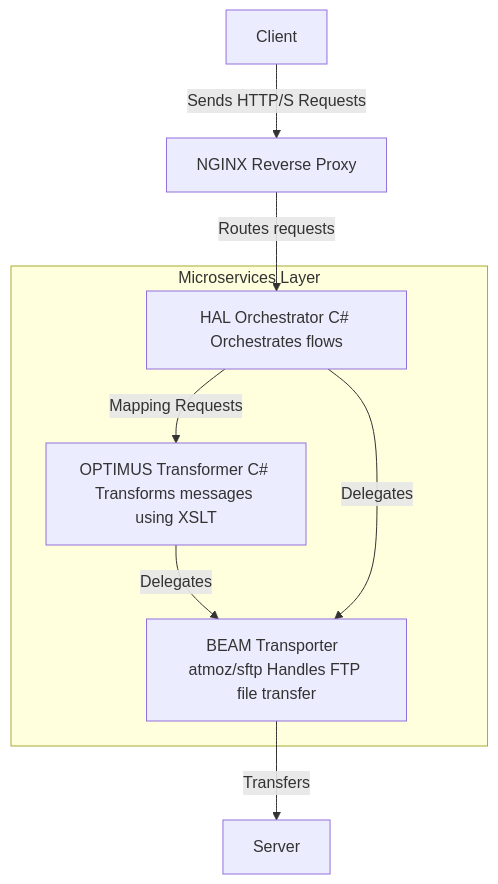
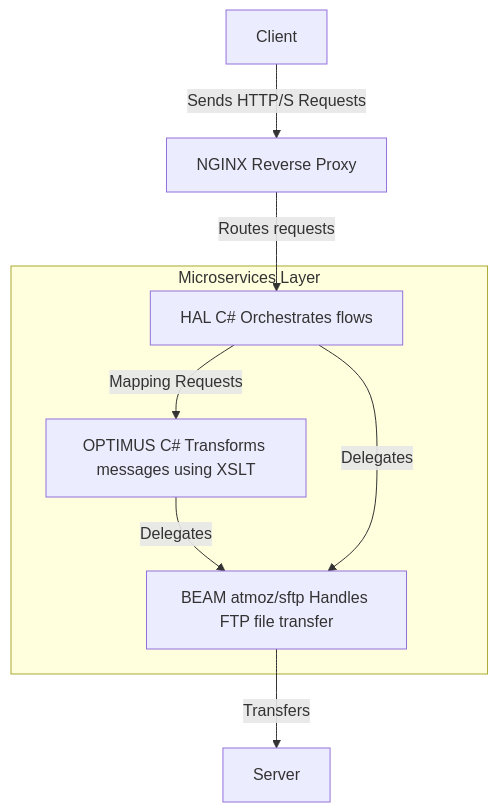
Before and after one commit to fasilhayat/bizlink: the diagram in README.md, drawn with Mermaid.

````diff
--- a/README.md
+++ b/README.md
@@ -73,16 +73,16 @@
 ```mermaid
 graph TD
     Client[Client] -->|Sends HTTP/S Requests| NGINX[NGINX Reverse Proxy]
     NGINX -->|Routes requests| Orchestrator
     Transformer -->|Delegates| Transporter
     Transporter  -->|Transfers| Server[Server] 
     
     subgraph Microservices Layer 
-        Orchestrator[HAL Orchestrator C# Orchestrates flows]
-        Transformer[OPTIMUS Transformer C# Transforms messages using XSLT]
-        Transporter[BEAM Transporter  atmoz/sftp Handles FTP file transfer]
+        Orchestrator[HAL C# Orchestrates flows]
+        Transformer[OPTIMUS C# Transforms messages using XSLT]
+        Transporter[BEAM atmoz/sftp Handles FTP file transfer]
 
         Orchestrator -->|Mapping Requests| Transformer
         Orchestrator -->|Delegates| Transporter
     end
 ```
````
